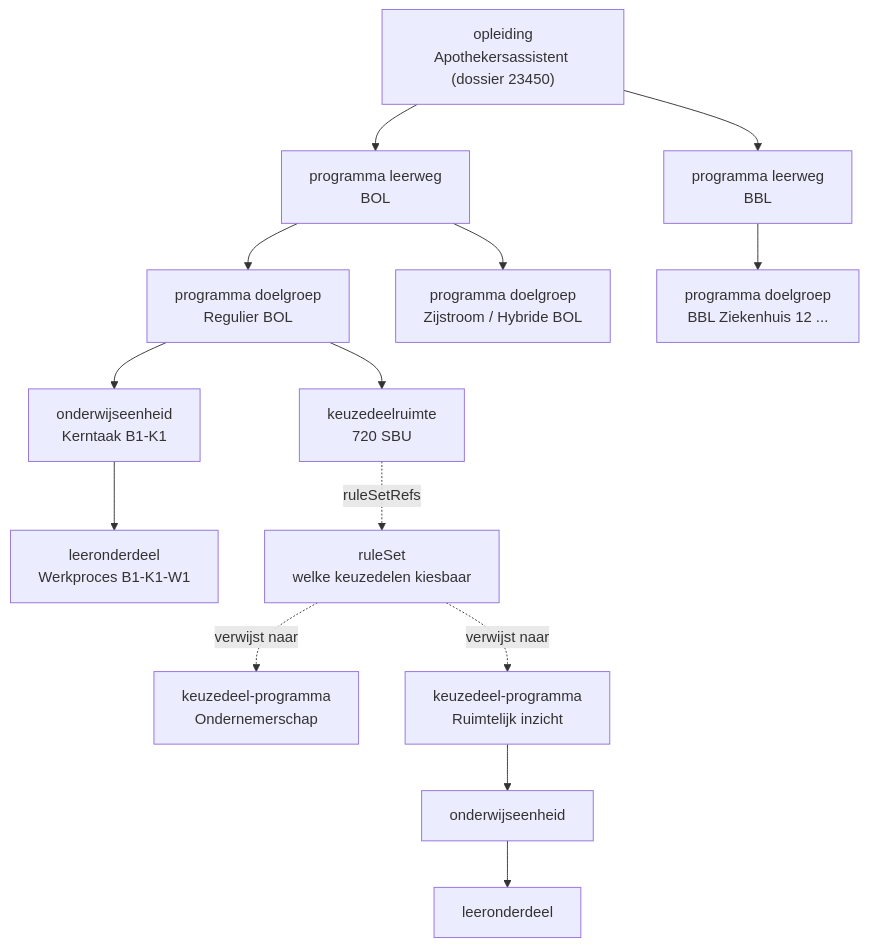
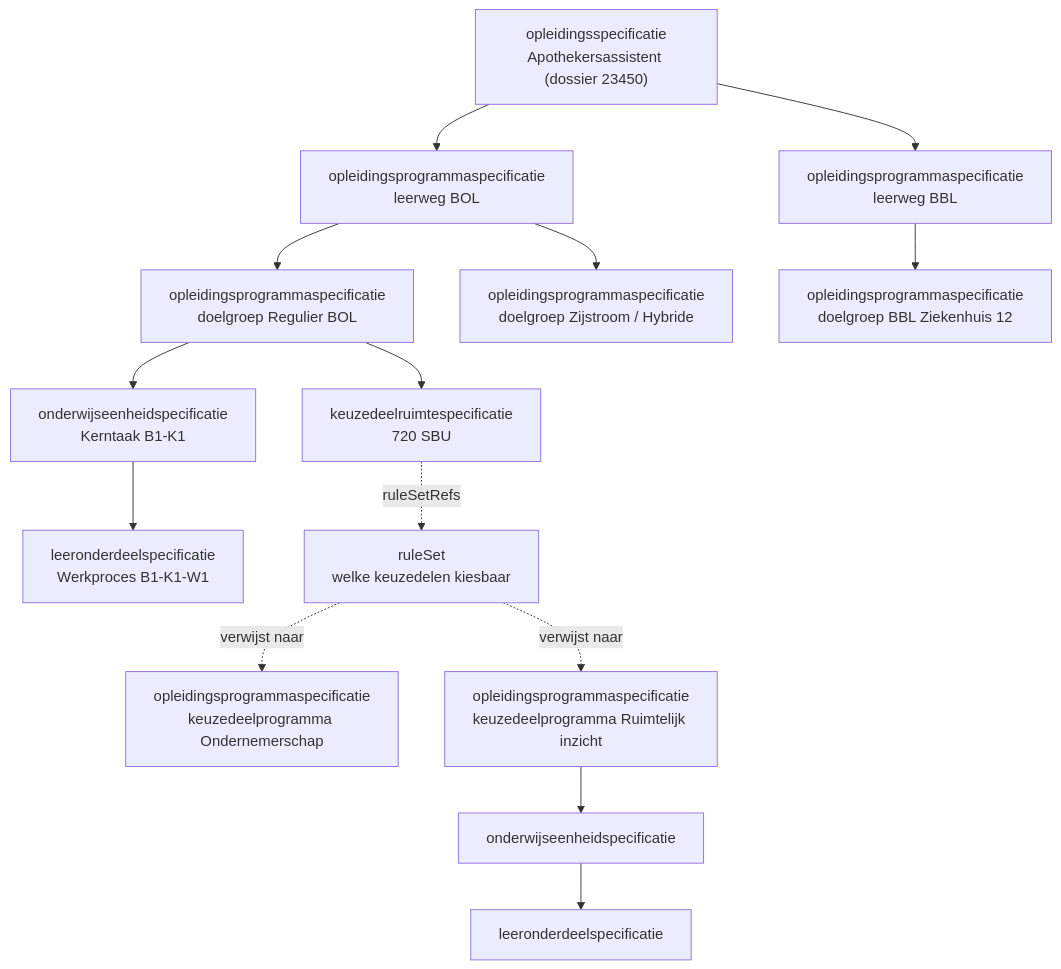
Before and after one commit to Npuls-OKx/meta: the first of 2 diagrams in architecture/agent-artifacts/design-docs/20260717_1120_okx-lr1-onderwijsspecificatie-payload-json.md, drawn with Mermaid. The commit also changed other lines of this file and 2 other files, not shown here.

````diff
--- a/architecture/agent-artifacts/design-docs/20260717_1120_okx-lr1-onderwijsspecificatie-payload-json.md
+++ b/architecture/agent-artifacts/design-docs/20260717_1120_okx-lr1-onderwijsspecificatie-payload-json.md
@@ -79,28 +82,28 @@
 ```mermaid
 flowchart TD
-    OPL["opleiding<br/>Apothekersassistent (dossier 23450)"]
-    PBOL["programma leerweg<br/>BOL"]
-    PBBL["programma leerweg<br/>BBL"]
-    G1["programma doelgroep<br/>Regulier BOL"]
-    G2["programma doelgroep<br/>Zijstroom / Hybride BOL"]
-    G4["programma doelgroep<br/>BBL Ziekenhuis 12 ..."]
-    OE["onderwijseenheid<br/>Kerntaak B1-K1"]
-    LO["leeronderdeel<br/>Werkproces B1-K1-W1"]
-    KR["keuzedeelruimte<br/>720 SBU"]
+    OPL["opleidingsspecificatie<br/>Apothekersassistent (dossier 23450)"]
+    PBOL["opleidingsprogrammaspecificatie<br/>leerweg BOL"]
+    PBBL["opleidingsprogrammaspecificatie<br/>leerweg BBL"]
+    G1["opleidingsprogrammaspecificatie<br/>doelgroep Regulier BOL"]
+    G2["opleidingsprogrammaspecificatie<br/>doelgroep Zijstroom / Hybride"]
+    G4["opleidingsprogrammaspecificatie<br/>doelgroep BBL Ziekenhuis 12"]
+    OE["onderwijseenheidspecificatie<br/>Kerntaak B1-K1"]
+    LO["leeronderdeelspecificatie<br/>Werkproces B1-K1-W1"]
+    KR["keuzedeelruimtespecificatie<br/>720 SBU"]
     RS["ruleSet<br/>welke keuzedelen kiesbaar"]
-    KD1["keuzedeel-programma<br/>Ondernemerschap"]
-    KD2["keuzedeel-programma<br/>Ruimtelijk inzicht"]
+    KD1["opleidingsprogrammaspecificatie<br/>keuzedeelprogramma Ondernemerschap"]
+    KD2["opleidingsprogrammaspecificatie<br/>keuzedeelprogramma Ruimtelijk inzicht"]
     OPL --> PBOL
     OPL --> PBBL
     PBOL --> G1
     PBOL --> G2
     PBBL --> G4
     G1 --> OE
     OE --> LO
     G1 --> KR
     KR -. ruleSetRefs .-> RS
     RS -. verwijst naar .-> KD1
     RS -. verwijst naar .-> KD2
-    KD2 --> KDOE["onderwijseenheid"]
-    KDOE --> KDLO["leeronderdeel"]
+    KD2 --> KDOE["onderwijseenheidspecificatie"]
+    KDOE --> KDLO["leeronderdeelspecificatie"]
 ```
````
